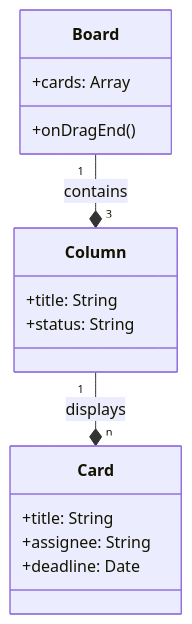
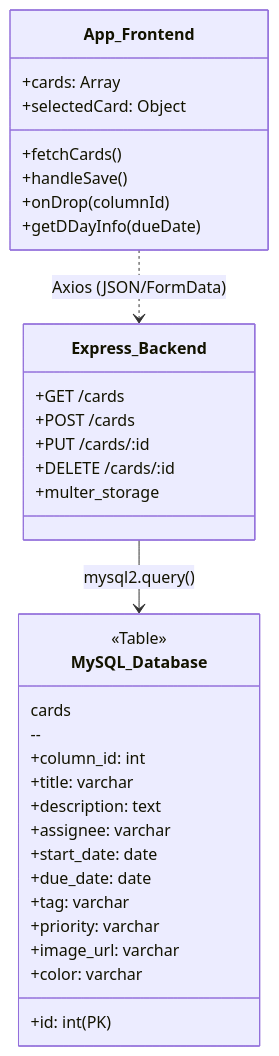
One commit to bina1216/kanban-project changed the diagram in README.md. Above: the diagram before and after it, drawn with Mermaid.

````diff
--- a/README.md
+++ b/README.md
@@ -52,18 +52,37 @@
 ```mermaid
 classDiagram
-    class Board {
+    class App_Frontend {
         +cards: Array
-        +onDragEnd()
+        +selectedCard: Object
+        +fetchCards()
+        +handleSave()
+        +onDrop(columnId)
+        +getDDayInfo(dueDate)
     }
-    class Column {
-        +title: String
-        +status: String
+    class Express_Backend {
+        +GET /cards
+        +POST /cards
+        +PUT /cards/:id
+        +DELETE /cards/:id
+        +multer_storage
     }
-    class Card {
-        +title: String
-        +assignee: String
-        +deadline: Date
+    class MySQL_Database {
+        <<Table>>
+        cards
+        --
+        +id: int(PK)
+        +column_id: int
+        +title: varchar
+        +description: text
+        +assignee: varchar
+        +start_date: date
+        +due_date: date
+        +tag: varchar
+        +priority: varchar
+        +image_url: varchar
+        +color: varchar
     }
-    Board "1" --* "3" Column : contains
-    Column "1" --* "n" Card : displays
+
+    App_Frontend ..> Express_Backend : Axios (JSON/FormData)
+    Express_Backend --> MySQL_Database : mysql2.query()
 ```
````
